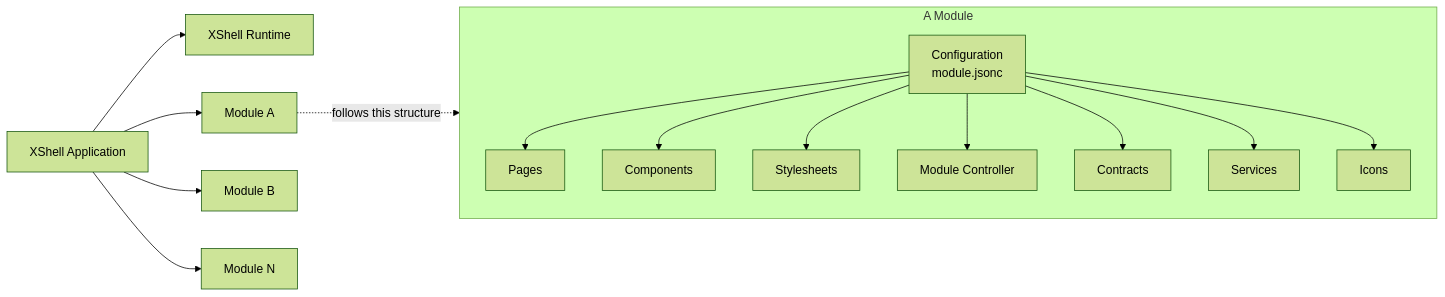
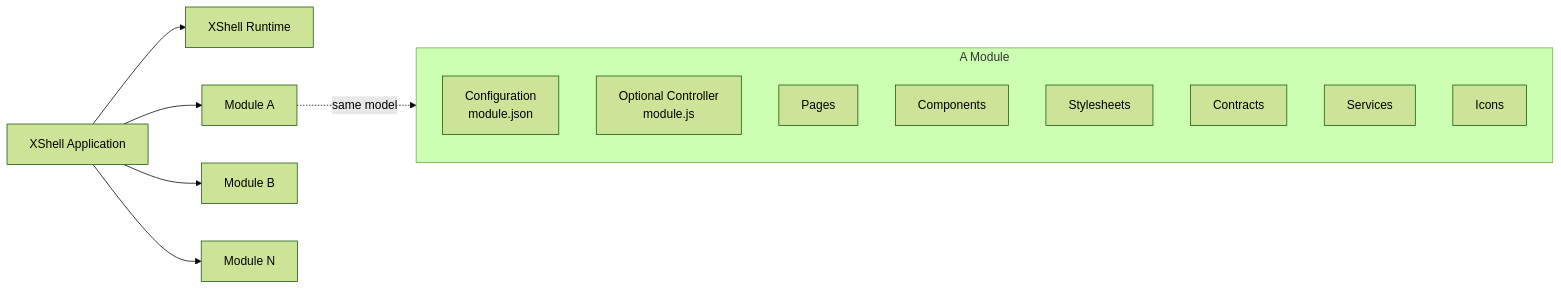
The first of 2 diagrams in src/DProjects.XShell/README.md (marcdp/xshell), drawn with Mermaid (forest theme) before and after one commit. The commit also changed other lines of this file, not shown here.

````diff
--- a/src/DProjects.XShell/README.md
+++ b/src/DProjects.XShell/README.md
@@ -390,31 +32,23 @@
 ```mermaid
 flowchart LR
 
     APP["XShell Application"]
 
     APP --> XS["XShell Runtime"]
     APP --> M1["Module A"]
     APP --> M2["Module B"]
     APP --> MN["Module N"]
 
     subgraph MODULE["A Module"]
-        CFG["Configuration<br/>module.jsonc"]
+        CFG["Configuration<br/>module.json"]
+        CTRL["Optional Controller<br/>module.js"]
         PAGES["Pages"]
         COMPONENTS["Components"]
         STYLES["Stylesheets"]
-        CONTROLLER["Module Controller"]
         CONTRACTS["Contracts"]
         SERVICES["Services"]
         ICONS["Icons"]
-
-        CFG --> PAGES
-        CFG --> COMPONENTS
-        CFG --> STYLES
-        CFG --> CONTROLLER
-        CFG --> CONTRACTS
-        CFG --> SERVICES
-        CFG --> ICONS
     end
 
-    M1 -. follows this structure .-> MODULE
+    M1 -. same model .-> MODULE
 ```
````
